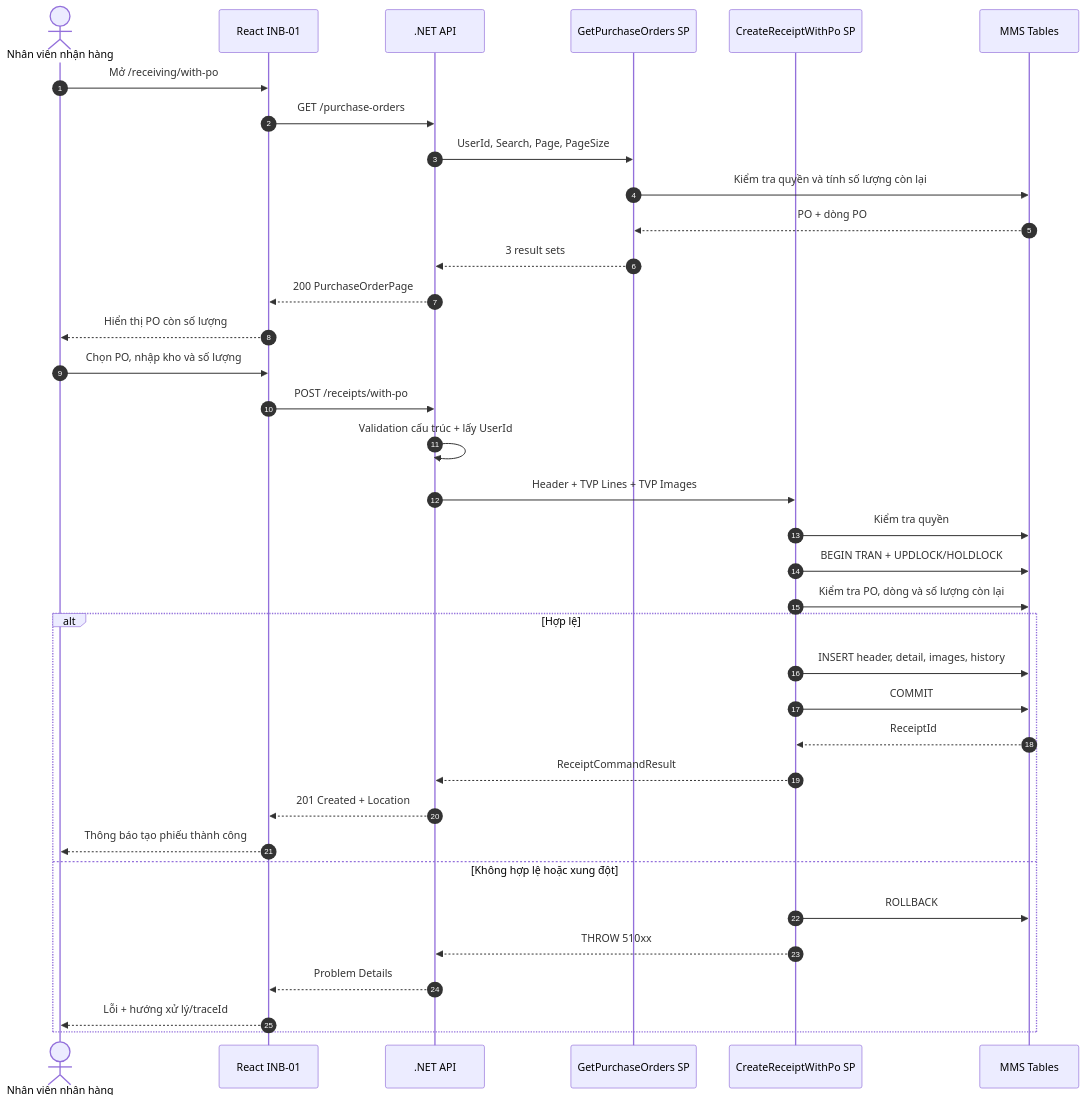
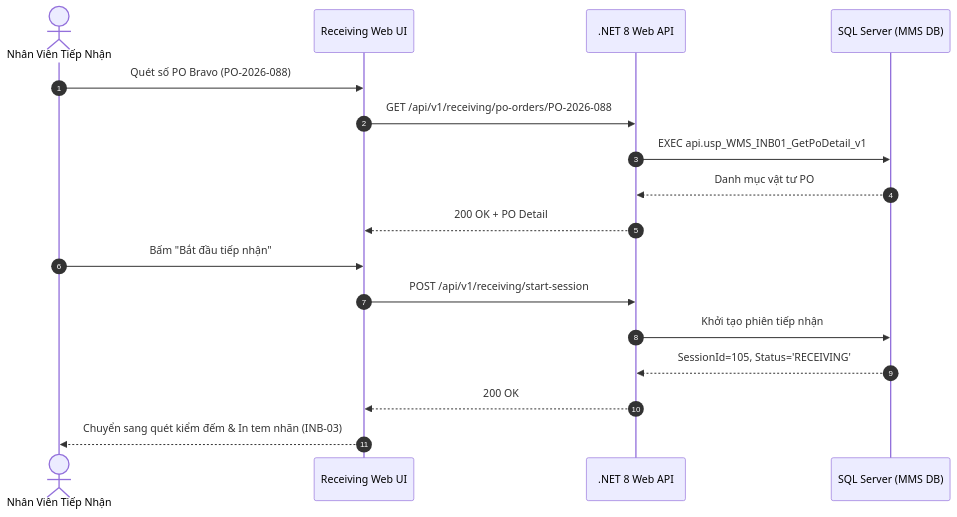
Before and after one commit to Sohoa-KNSG/mms: the diagram in docs/03-use-cases/UC-03_INB-01.md, drawn with Mermaid. The commit also changed other lines of this file and 43 other files, not shown here.

````diff
--- a/docs/03-use-cases/UC-03_INB-01.md
+++ b/docs/03-use-cases/UC-03_INB-01.md
@@ -551,40 +43,20 @@
 ```mermaid
 sequenceDiagram
     autonumber
-    actor User as Nhân viên nhận hàng
-    participant UI as React INB-01
-    participant API as .NET API
-    participant QSP as GetPurchaseOrders SP
-    participant CSP as CreateReceiptWithPo SP
-    participant DB as MMS Tables
+    actor Staff as Nhân Viên Tiếp Nhận
+    participant UI as Receiving Web UI
+    participant API as .NET 8 Web API
+    participant DB as SQL Server (MMS DB)
 
-    User->>UI: Mở /receiving/with-po
-    UI->>API: GET /purchase-orders
-    API->>QSP: UserId, Search, Page, PageSize
-    QSP->>DB: Kiểm tra quyền và tính số lượng còn lại
-    DB-->>QSP: PO + dòng PO
-    QSP-->>API: 3 result sets
-    API-->>UI: 200 PurchaseOrderPage
-    UI-->>User: Hiển thị PO còn số lượng
-
-    User->>UI: Chọn PO, nhập kho và số lượng
-    UI->>API: POST /receipts/with-po
-    API->>API: Validation cấu trúc + lấy UserId
-    API->>CSP: Header + TVP Lines + TVP Images
-    CSP->>DB: Kiểm tra quyền
-    CSP->>DB: BEGIN TRAN + UPDLOCK/HOLDLOCK
-    CSP->>DB: Kiểm tra PO, dòng và số lượng còn lại
-    alt Hợp lệ
-        CSP->>DB: INSERT header, detail, images, history
-        CSP->>DB: COMMIT
-        DB-->>CSP: ReceiptId
-        CSP-->>API: ReceiptCommandResult
-        API-->>UI: 201 Created + Location
-        UI-->>User: Thông báo tạo phiếu thành công
-    else Không hợp lệ hoặc xung đột
-        CSP->>DB: ROLLBACK
-        CSP-->>API: THROW 510xx
-        API-->>UI: Problem Details
-        UI-->>User: Lỗi + hướng xử lý/traceId
-    end
+    Staff->>UI: Quét số PO Bravo (PO-2026-088)
+    UI->>API: GET /api/v1/receiving/po-orders/PO-2026-088
+    API->>DB: EXEC api.usp_WMS_INB01_GetPoDetail_v1
+    DB-->>API: Danh mục vật tư PO
+    API-->>UI: 200 OK + PO Detail
+    Staff->>UI: Bấm "Bắt đầu tiếp nhận"
+    UI->>API: POST /api/v1/receiving/start-session
+    API->>DB: Khởi tạo phiên tiếp nhận
+    DB-->>API: SessionId=105, Status='RECEIVING'
+    API-->>UI: 200 OK
+    UI-->>Staff: Chuyển sang quét kiểm đếm & In tem nhãn (INB-03)
 ```
````
